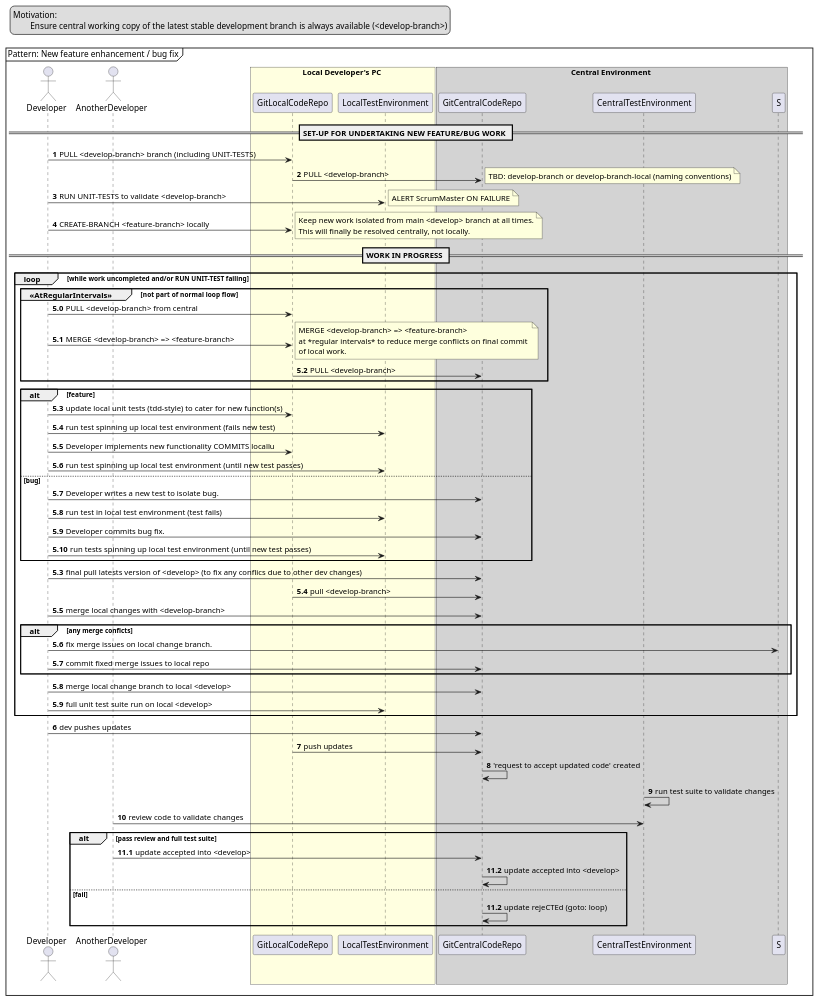
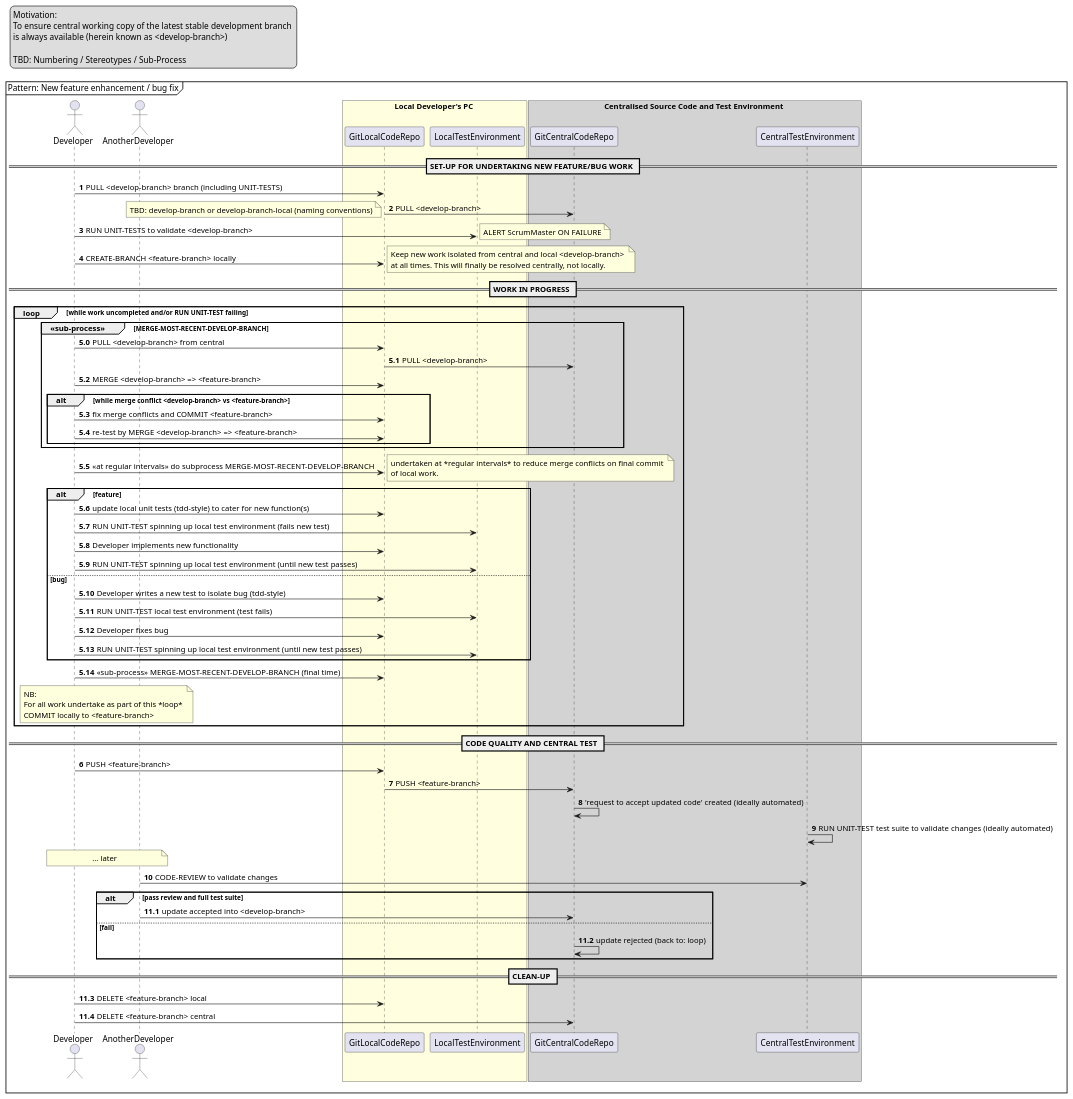
Before and after one commit to markcollinscope/epyx-process: the diagram in seq-dev.puml, drawn with PlantUML.

Commit message:
<master>: reworking file structure

```diff
--- a/seq-dev.puml
+++ b/seq-dev.puml
@@ -1,105 +1,119 @@
 @startuml seq-dev
 
 skinparam responseMessageBelowArrow true
 
 mainframe Pattern: New feature enhancement / bug fix
 
 legend top left
 Motivation: 
-	Ensure central working copy of the latest stable development branch is always available (<develop-branch>)
+To ensure central working copy of the latest stable development branch 
+is always available (herein known as <develop-branch>)
+
+TBD: Numbering / Stereotypes / Sub-Process
 end legend
 
 actor Developer as DEV
 actor AnotherDeveloper as ANDEV
 
 box Local Developer's PC #LightYellow
     participant GitLocalCodeRepo as GLCR
 	participant LocalTestEnvironment as LTE
 end box
 
-box Central Environment #LightGray
-participant GitCentralCodeRepo as GC
-participant CentralTestEnvironment as CTE
+box Centralised Source Code and Test Environment #LightGray
+	participant GitCentralCodeRepo as GC
+	participant CentralTestEnvironment as CTE
+end box
 
 autonumber 0
 autonumber inc A
 
 == SET-UP FOR UNDERTAKING NEW FEATURE/BUG WORK ==
 DEV -> GLCR: PULL <develop-branch> branch (including UNIT-TESTS)
 GLCR -> GC: PULL <develop-branch>
 
 'TBD
-note right
+note left
 	TBD: develop-branch or develop-branch-local (naming conventions)
 end note
 
 DEV -> LTE: RUN UNIT-TESTS to validate <develop-branch>
 	note right
 	ALERT ScrumMaster ON FAILURE
 	end note
 
 DEV -> GLCR: CREATE-BRANCH <feature-branch> locally
 	note right
-	Keep new work isolated from main <develop> branch at all times.
-	This will finally be resolved centrally, not locally.
+	Keep new work isolated from central and local <develop-branch> 
+	at all times. This will finally be resolved centrally, not locally.
 	end note
 
 == WORK IN PROGRESS ==
 loop while work uncompleted and/or RUN UNIT-TEST failing
-	group <<AtRegularIntervals>> [not  part of normal loop flow]
-		autonumber 5.0
+	autonumber 5.0
+	
+	group <<sub-process>> [MERGE-MOST-RECENT-DEVELOP-BRANCH]
 		DEV -> GLCR: PULL <develop-branch> from central
+		GLCR ->  GC: PULL <develop-branch>
 		DEV -> GLCR: MERGE <develop-branch> => <feature-branch>
-			note right
-				MERGE <develop-branch> => <feature-branch>
-				at *regular intervals* to reduce merge conflicts on final commit 
-				of local work.
-			end note
-		GLCR ->  GC: PULL <develop-branch>
+		alt while merge conflict <develop-branch> vs <feature-branch>
+			DEV -> GLCR: fix merge conflicts and COMMIT <feature-branch>
+			DEV -> GLCR: re-test by MERGE <develop-branch> => <feature-branch>
+		end
 	end
+
+	DEV -> GLCR: <<at regular intervals>> do subprocess MERGE-MOST-RECENT-DEVELOP-BRANCH
+	note right
+		undertaken at *regular intervals* to reduce merge conflicts on final commit 
+		of local work.
+	end note
 
 	alt feature
 		DEV -> GLCR: update local unit tests (tdd-style) to cater for new function(s)
-		DEV -> LTE: run test spinning up local test environment (fails new test)
-		DEV -> GLCR: Developer implements new functionality COMMITS locallu
-		DEV -> LTE: run test spinning up local test environment (until new test passes)
+		DEV -> LTE: RUN UNIT-TEST spinning up local test environment (fails new test)
+		DEV -> GLCR: Developer implements new functionality
+		DEV -> LTE: RUN UNIT-TEST spinning up local test environment (until new test passes)
 
 	else bug
-		DEV -> GC: Developer writes a new test to isolate bug.
-		DEV -> LTE: run test in local test environment (test fails)
-		DEV -> GC: Developer commits bug fix.
-		DEV -> LTE: run tests spinning up local test environment (until new test passes)
+		DEV -> GLCR: Developer writes a new test to isolate bug (tdd-style)
+		DEV -> LTE: RUN UNIT-TEST local test environment (test fails)
+		DEV -> GLCR: Developer fixes bug
+		DEV -> LTE: RUN UNIT-TEST spinning up local test environment (until new test passes)
 	end
 
+	DEV -> GLCR: <<sub-process>> MERGE-MOST-RECENT-DEVELOP-BRANCH (final time)
 	autonumber 5.3
 
-	DEV -> GC: final pull latests version of <develop> (to fix any conflics due to other dev changes)
-	GLCR -> GC: pull <develop-branch>
-	DEV -> GC: merge local changes with <develop-branch>
-	alt any merge conficts
-		DEV -> S: fix merge issues on local change branch.
-		DEV -> GC: commit fixed merge issues to local repo
-	end
-
-	DEV -> GC: merge local change branch to local <develop>
-	DEV -> LTE: full unit test suite run on local <develop>
+	note over DEV, ANDEV
+		NB: 
+		For all work undertake as part of this *loop* 
+		COMMIT locally to <feature-branch>
+	end note
 end
 
+== CODE QUALITY AND CENTRAL TEST ==
 autonumber 6
-DEV -> GC: dev pushes updates
-GLCR  -> GC: push updates
-GC  -> GC: 'request to accept updated code' created
+DEV -> GLCR: PUSH <feature-branch>
+GLCR  -> GC: PUSH <feature-branch>
+GC  -> GC: 'request to accept updated code' created (ideally automated)
+CTE -> CTE: RUN UNIT-TEST test suite to validate changes (ideally automated)
 
-CTE -> CTE: run test suite to validate changes
-ANDEV -> CTE: review code to validate changes
+note over DEV, ANDEV
+... later
+end note
+
+ANDEV -> CTE: CODE-REVIEW to validate changes
 
 alt pass review and full test suite
 	autonumber 11.1
-	ANDEV -> GC: update accepted into <develop>
-	GC -> GC: update accepted into <develop>
+	ANDEV -> GC: update accepted into <develop-branch>
 else fail
 	autonumber 11.2
-	GC -> GC: update rejeCTEd (goto: loop)
+	GC -> GC: update rejected (back to: loop)
 end
 
+== CLEAN-UP ==
+DEV -> GLCR: DELETE <feature-branch> local
+DEV -> GC: DELETE <feature-branch> central
+
 @enduml
```
